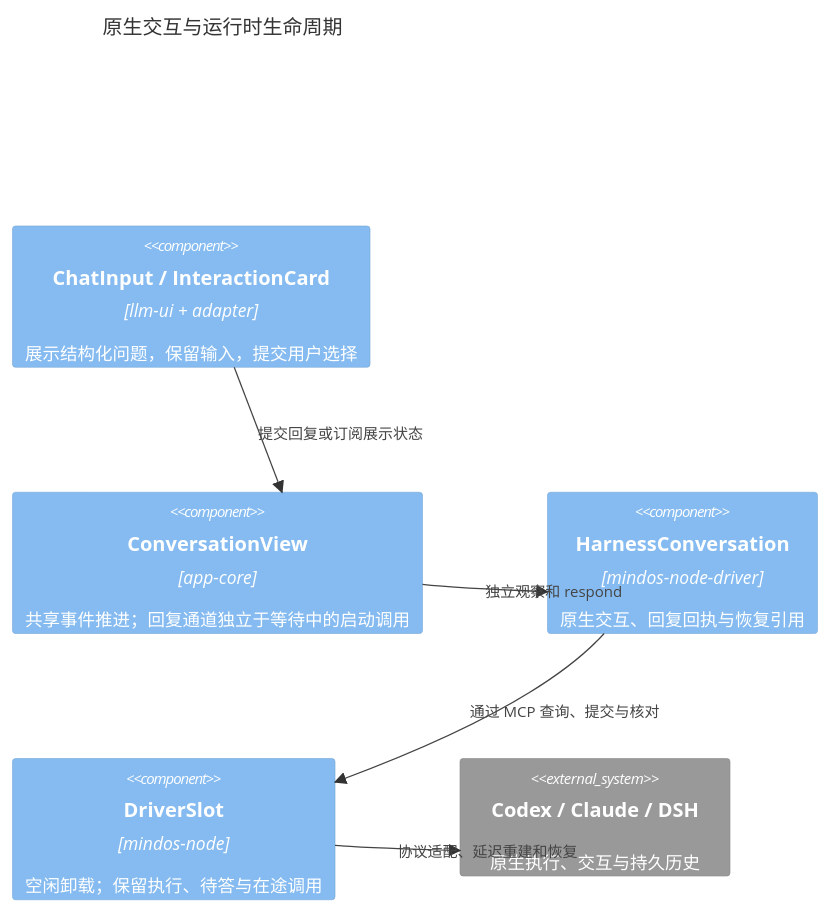
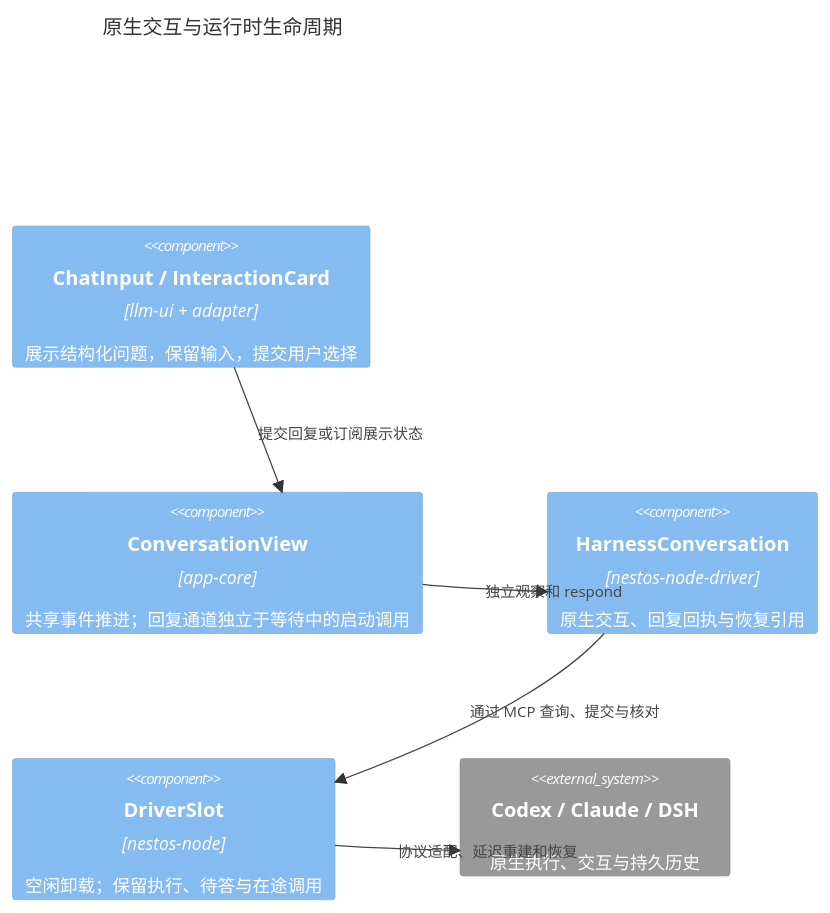
The fourth of 6 diagrams in doc/design/vfs-session-browser.md (mushuanli/NestOS), drawn with Mermaid before and after one commit. The commit also changed other lines of this file and 428 other files, not shown here.

````diff
--- a/doc/design/vfs-session-browser.md
+++ b/doc/design/vfs-session-browser.md
@@ -415,13 +415,13 @@
 ```mermaid
 C4Component
   title 原生交互与运行时生命周期
   Component(ui, "ChatInput / InteractionCard", "llm-ui + adapter", "展示结构化问题，保留输入，提交用户选择")
   Component(view, "ConversationView", "app-core", "共享事件推进；回复通道独立于等待中的启动调用")
-  Component(driver, "HarnessConversation", "mindos-node-driver", "原生交互、回复回执与恢复引用")
-  Component(slot, "DriverSlot", "mindos-node", "空闲卸载；保留执行、待答与在途调用")
+  Component(driver, "HarnessConversation", "nestos-node-driver", "原生交互、回复回执与恢复引用")
+  Component(slot, "DriverSlot", "nestos-node", "空闲卸载；保留执行、待答与在途调用")
   System_Ext(native, "Codex / Claude / DSH", "原生执行、交互与持久历史")
   Rel(ui, view, "提交回复或订阅展示状态")
   Rel(view, driver, "独立观察和 respond")
   Rel(driver, slot, "通过 MCP 查询、提交与核对")
   Rel(slot, native, "协议适配、延迟重建和恢复")
 ```
````
